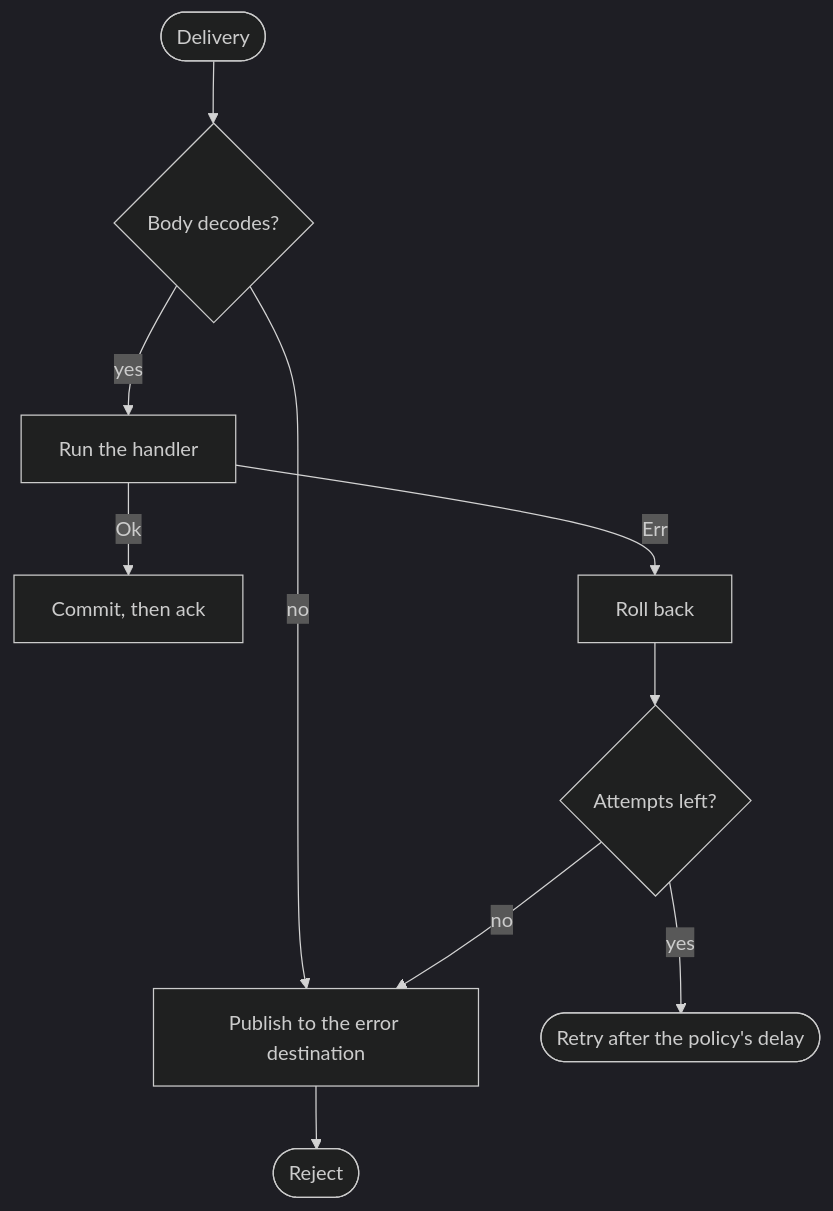
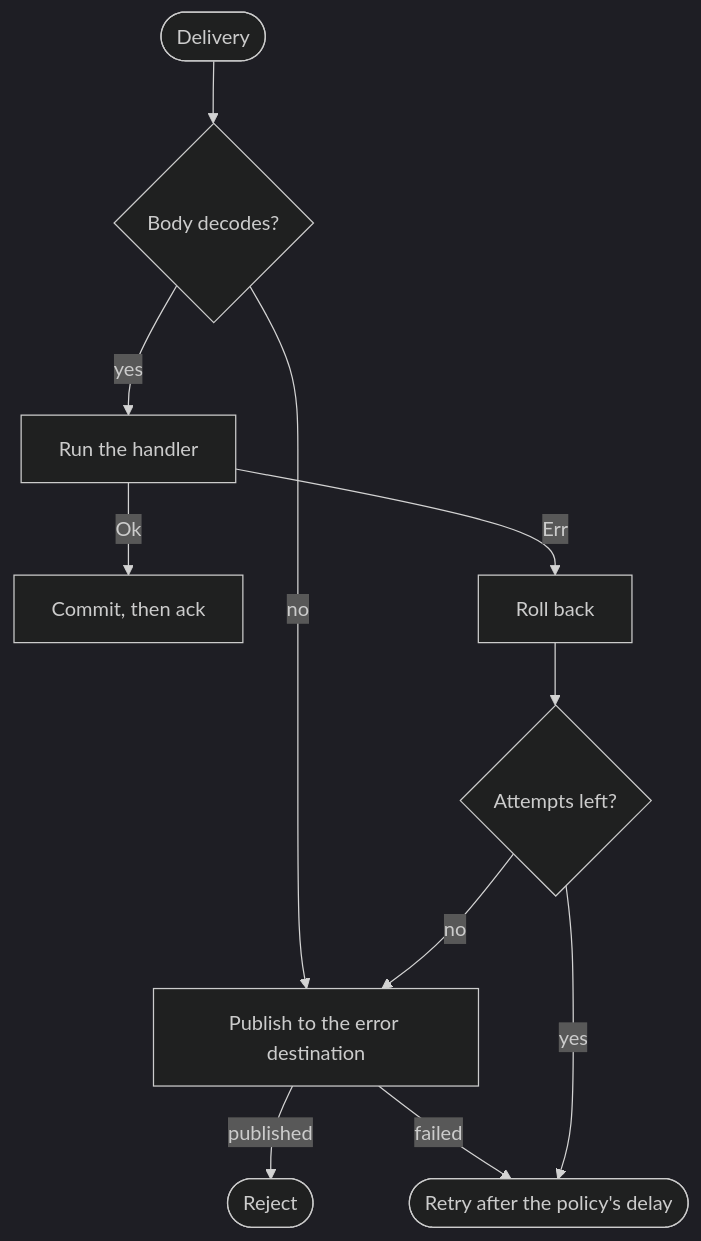
Before and after one commit to sisaio/sisa-messaging-rs: the fourth of 5 diagrams in docs/02-flows.md, drawn with Mermaid (dark theme). The commit also changed other lines of this file and 2 other files, not shown here.

Commit message:
docs: answer the scaffold review on failed rows, ordering and CI

````diff
--- a/docs/02-flows.md
+++ b/docs/02-flows.md
@@ -72,11 +72,13 @@
 ```mermaid
 flowchart TD
     delivery([Delivery]) --> decode{Body decodes?}
-    decode -->|no| error[Publish to the error destination] --> reject([Reject])
+    decode -->|no| error[Publish to the error destination]
+    error -->|published| reject([Reject])
+    error -->|failed| retry
     decode -->|yes| handle[Run the handler]
     handle -->|Ok| commit[Commit, then ack]
     handle -->|Err| rollback[Roll back]
     rollback --> attempts{Attempts left?}
     attempts -->|yes| retry([Retry after the policy's delay])
     attempts -->|no| error
 ```
````
